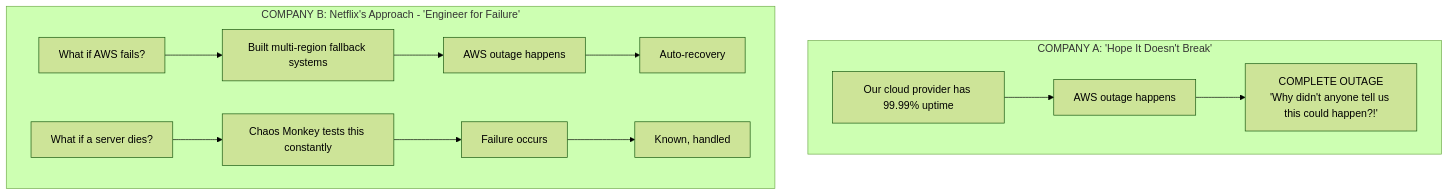
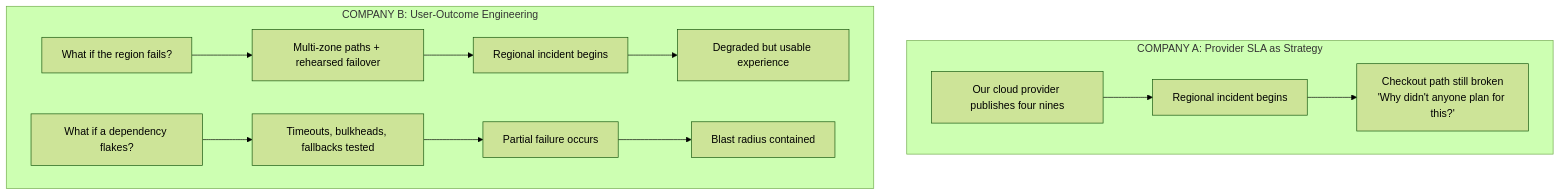
The first of 9 diagrams in src/content/docs/platform/foundations/reliability-engineering/module-2.1-what-is-reliability.md (kube-dojo/kube-dojo), drawn with Mermaid (forest theme) before and after one commit. The commit also changed other lines of this file and 4 other files, not shown here.

````diff
--- a/src/content/docs/platform/foundations/reliability-engineering/module-2.1-what-is-reliability.md
+++ b/src/content/docs/platform/foundations/reliability-engineering/module-2.1-what-is-reliability.md
@@ -40,17 +24,17 @@
 ```mermaid
 flowchart TD
-    subgraph Company_A ["COMPANY A: 'Hope It Doesn't Break'"]
-        A1["Our cloud provider has 99.99% uptime"] --> A2["AWS outage happens"]
-        A2 --> A3["COMPLETE OUTAGE<br/>'Why didn't anyone tell us this could happen?!'"]
+    subgraph Company_A ["COMPANY A: Provider SLA as Strategy"]
+        A1["Our cloud provider publishes four nines"] --> A2["Regional incident begins"]
+        A2 --> A3["Checkout path still broken<br/>'Why didn't anyone plan for this?'"]
     end
 
-    subgraph Company_B ["COMPANY B: Netflix's Approach - 'Engineer for Failure'"]
-        B1["What if AWS fails?"] --> B2["Built multi-region fallback systems"]
-        B2 --> B3["AWS outage happens"]
-        B3 --> B4["Auto-recovery"]
+    subgraph Company_B ["COMPANY B: User-Outcome Engineering"]
+        B1["What if the region fails?"] --> B2["Multi-zone paths + rehearsed failover"]
+        B2 --> B3["Regional incident begins"]
+        B3 --> B4["Degraded but usable experience"]
         
-        B5["What if a server dies?"] --> B6["Chaos Monkey tests this constantly"]
-        B6 --> B7["Failure occurs"]
-        B7 --> B8["Known, handled"]
+        B5["What if a dependency flakes?"] --> B6["Timeouts, bulkheads, fallbacks tested"]
+        B6 --> B7["Partial failure occurs"]
+        B7 --> B8["Blast radius contained"]
     end
 ```
````
